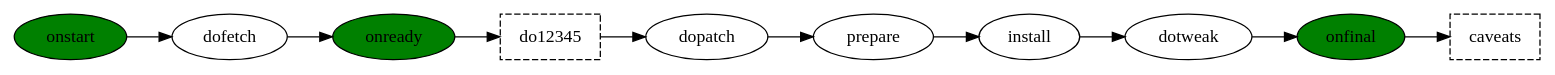
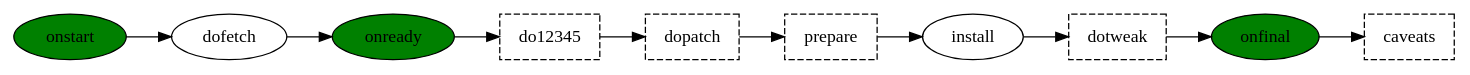
Before and after one commit to leleliu008/xcpkg: the diagram in phases.dot, drawn with Graphviz. The commit also changed 4 other files, not shown here.

```diff
--- a/phases.dot
+++ b/phases.dot
@@ -1,12 +1,15 @@
 digraph {
     rankdir="LR"
 
     onstart -> dofetch -> onready -> do12345 -> dopatch -> prepare -> install -> dotweak -> onfinal -> caveats
 
     onstart [fillcolor="green";style=filled]
     onready [fillcolor="green";style=filled]
     onfinal [fillcolor="green";style=filled]
 
     do12345 [shape="box"; style="dashed"];
+    dopatch [shape="box"; style="dashed"];
+    prepare [shape="box"; style="dashed"];
+    dotweak [shape="box"; style="dashed"];
     caveats [shape="box"; style="dashed"];
 }
```
